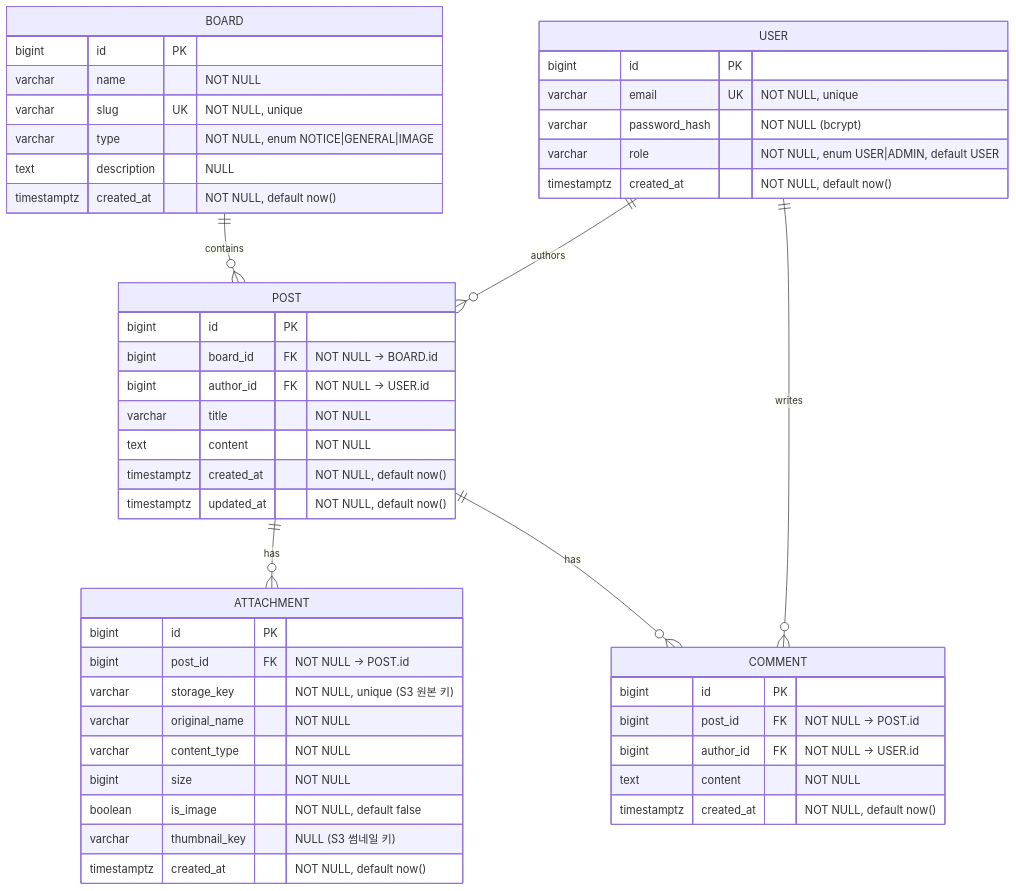
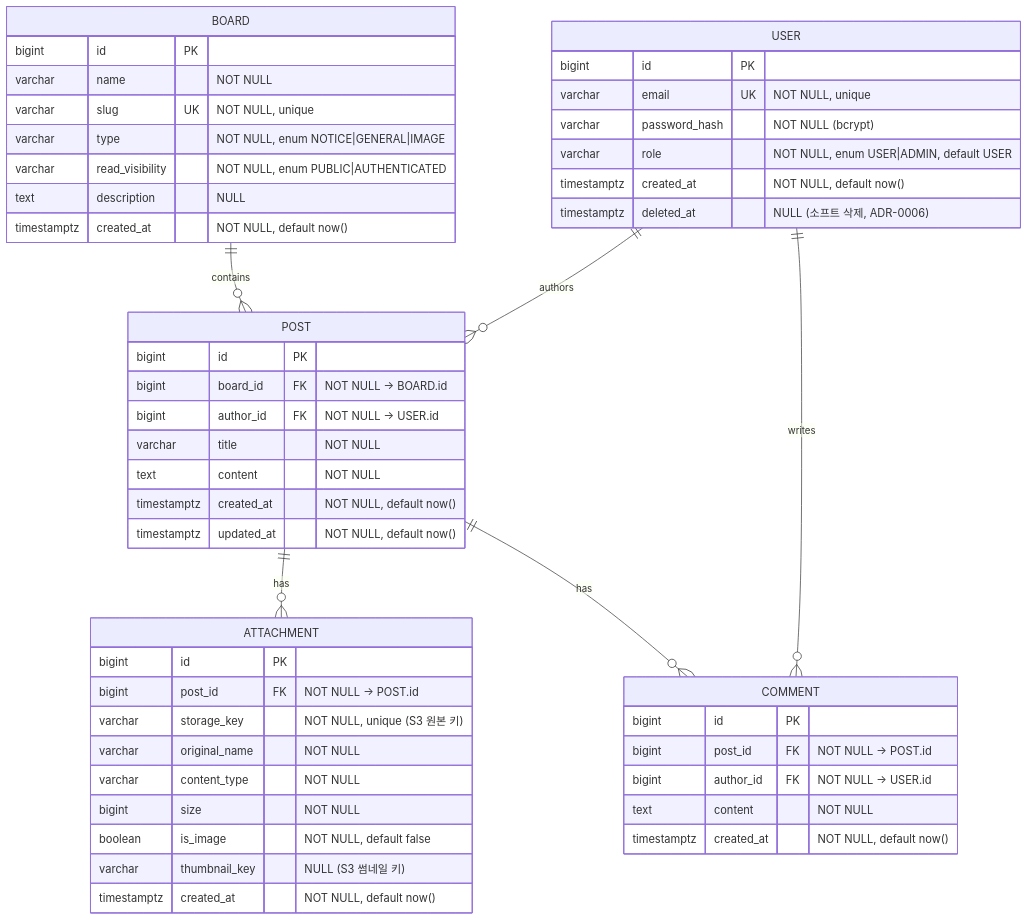
The diagram in docs/architecture/db-schema.md (dalli/boards), drawn with Mermaid before and after one commit. The commit also changed other lines of this file and 11 other files, not shown here.

````diff
--- a/docs/architecture/db-schema.md
+++ b/docs/architecture/db-schema.md
@@ -5,51 +5,53 @@
 ```mermaid
 erDiagram
   USER ||--o{ POST : authors
   USER ||--o{ COMMENT : writes
   BOARD ||--o{ POST : contains
   POST ||--o{ ATTACHMENT : has
   POST ||--o{ COMMENT : has
 
   USER {
     bigint id PK
     varchar email UK "NOT NULL, unique"
     varchar password_hash "NOT NULL (bcrypt)"
     varchar role "NOT NULL, enum USER|ADMIN, default USER"
     timestamptz created_at "NOT NULL, default now()"
+    timestamptz deleted_at "NULL (소프트 삭제, ADR-0006)"
   }
   BOARD {
     bigint id PK
     varchar name "NOT NULL"
     varchar slug UK "NOT NULL, unique"
     varchar type "NOT NULL, enum NOTICE|GENERAL|IMAGE"
+    varchar read_visibility "NOT NULL, enum PUBLIC|AUTHENTICATED"
     text description "NULL"
     timestamptz created_at "NOT NULL, default now()"
   }
   POST {
     bigint id PK
     bigint board_id FK "NOT NULL -> BOARD.id"
     bigint author_id FK "NOT NULL -> USER.id"
     varchar title "NOT NULL"
     text content "NOT NULL"
     timestamptz created_at "NOT NULL, default now()"
     timestamptz updated_at "NOT NULL, default now()"
   }
   ATTACHMENT {
     bigint id PK
     bigint post_id FK "NOT NULL -> POST.id"
     varchar storage_key "NOT NULL, unique (S3 원본 키)"
     varchar original_name "NOT NULL"
     varchar content_type "NOT NULL"
     bigint size "NOT NULL"
     boolean is_image "NOT NULL, default false"
     varchar thumbnail_key "NULL (S3 썸네일 키)"
     timestamptz created_at "NOT NULL, default now()"
   }
   COMMENT {
     bigint id PK
     bigint post_id FK "NOT NULL -> POST.id"
     bigint author_id FK "NOT NULL -> USER.id"
     text content "NOT NULL"
     timestamptz created_at "NOT NULL, default now()"
   }
 ```
````
